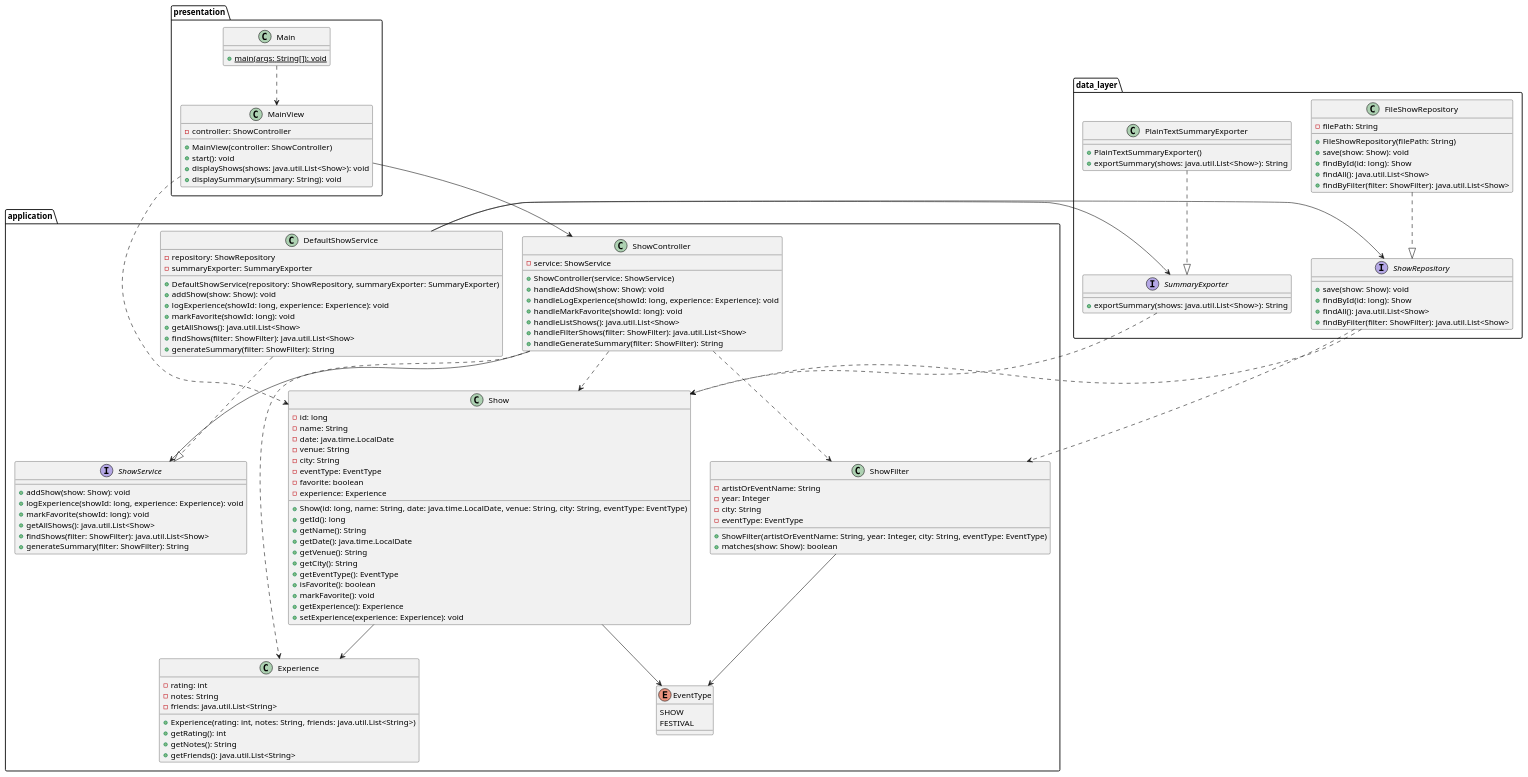
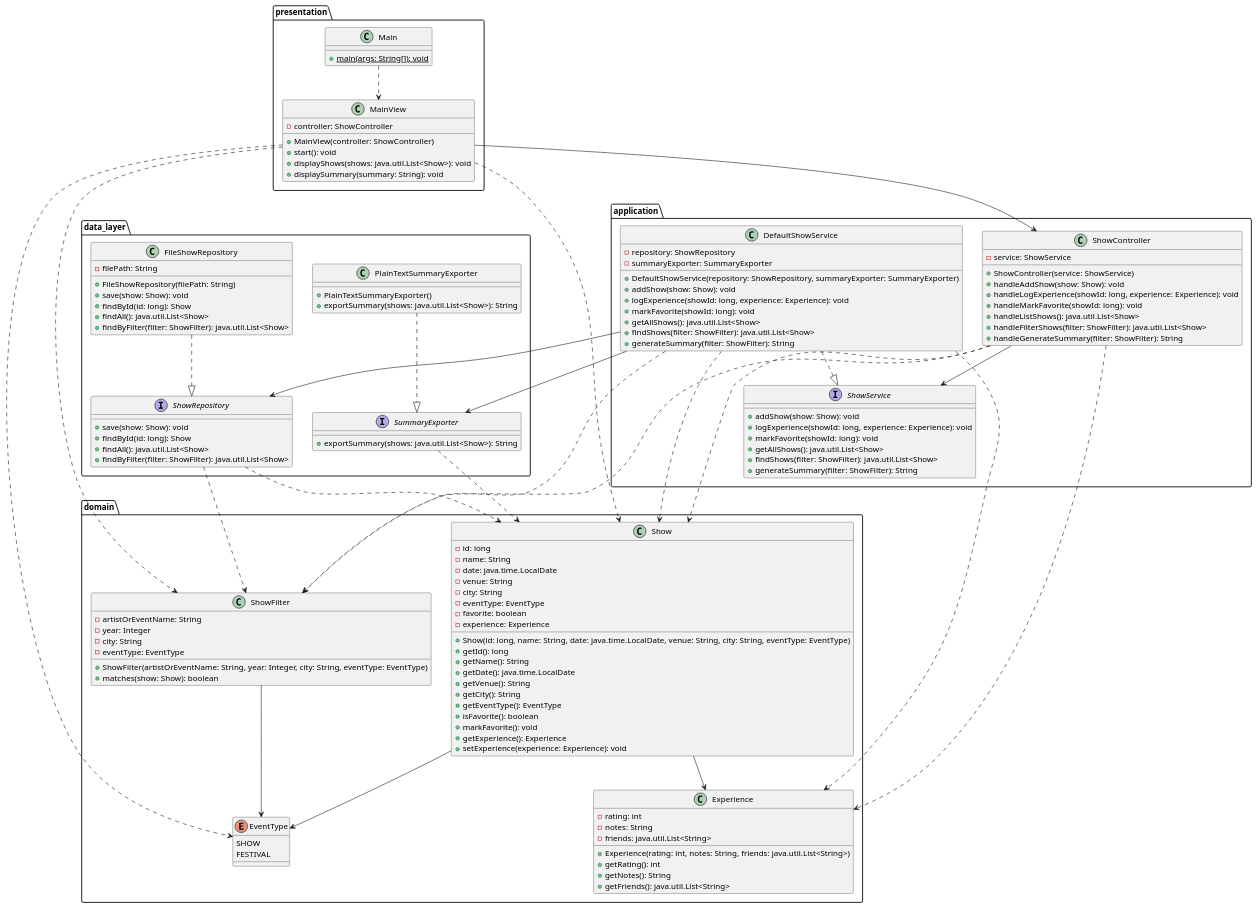
The diagram in docs/design/design.puml (nu-cs-sw-design/project-20252601-devan_final_project), drawn with PlantUML before and after one commit. The commit also changed 1 other file, not shown here.

```diff
--- a/docs/design/design.puml
+++ b/docs/design/design.puml
@@ -1,154 +1,156 @@
 @startuml
+ package presentation {
+     class Main {
+         +{static} main(args: String[]): void
+     }
 
-package presentation {
-    class Main {
-        +{static} main(args: String[]): void
-    }
+     class MainView {
+         -controller: ShowController
+         +MainView(controller: ShowController)
+         +start(): void
+         +displayShows(shows: java.util.List<Show>): void
+         +displaySummary(summary: String): void
+     }
+ }
 
-    class MainView {
-        -controller: ShowController
-        +MainView(controller: ShowController)
-        +start(): void
-        +displayShows(shows: java.util.List<Show>): void
-        +displaySummary(summary: String): void
-    }
-}
+ package domain {
+     class Show {
+         -id: long
+         -name: String
+         -date: java.time.LocalDate
+         -venue: String
+         -city: String
+         -eventType: EventType
+         -favorite: boolean
+         -experience: Experience
+         +Show(id: long, name: String, date: java.time.LocalDate, venue: String, city: String, eventType: EventType)
+         +getId(): long
+         +getName(): String
+         +getDate(): java.time.LocalDate
+         +getVenue(): String
+         +getCity(): String
+         +getEventType(): EventType
+         +isFavorite(): boolean
+         +markFavorite(): void
+         +getExperience(): Experience
+         +setExperience(experience: Experience): void
+     }
+
+     class Experience {
+         -rating: int
+         -notes: String
+         -friends: java.util.List<String>
+         +Experience(rating: int, notes: String, friends: java.util.List<String>)
+         +getRating(): int
+         +getNotes(): String
+         +getFriends(): java.util.List<String>
+     }
+
+     class ShowFilter {
+         -artistOrEventName: String
+         -year: Integer
+         -city: String
+         -eventType: EventType
+         +ShowFilter(artistOrEventName: String, year: Integer, city: String, eventType: EventType)
+         +matches(show: Show): boolean
+     }
+
+     enum EventType {
+         SHOW
+         FESTIVAL
+     }
+ }
+
+ package application {
+     interface ShowService {
+         +addShow(show: Show): void
+         +logExperience(showId: long, experience: Experience): void
+         +markFavorite(showId: long): void
+         +getAllShows(): java.util.List<Show>
+         +findShows(filter: ShowFilter): java.util.List<Show>
+         +generateSummary(filter: ShowFilter): String
+     }
+
+     class ShowController {
+         -service: ShowService
+         +ShowController(service: ShowService)
+         +handleAddShow(show: Show): void
+         +handleLogExperience(showId: long, experience: Experience): void
+         +handleMarkFavorite(showId: long): void
+         +handleListShows(): java.util.List<Show>
+         +handleFilterShows(filter: ShowFilter): java.util.List<Show>
+         +handleGenerateSummary(filter: ShowFilter): String
+     }
+
+     class DefaultShowService {
+         -repository: ShowRepository
+         -summaryExporter: SummaryExporter
+         +DefaultShowService(repository: ShowRepository, summaryExporter: SummaryExporter)
+         +addShow(show: Show): void
+         +logExperience(showId: long, experience: Experience): void
+         +markFavorite(showId: long): void
+         +getAllShows(): java.util.List<Show>
+         +findShows(filter: ShowFilter): java.util.List<Show>
+         +generateSummary(filter: ShowFilter): String
+     }
+ }
+
+ package data_layer {
+     interface ShowRepository {
+         +save(show: Show): void
+         +findById(id: long): Show
+         +findAll(): java.util.List<Show>
+         +findByFilter(filter: ShowFilter): java.util.List<Show>
+     }
+
+     class FileShowRepository {
+         -filePath: String
+         +FileShowRepository(filePath: String)
+         +save(show: Show): void
+         +findById(id: long): Show
+         +findAll(): java.util.List<Show>
+         +findByFilter(filter: ShowFilter): java.util.List<Show>
+     }
+
+     interface SummaryExporter {
+         +exportSummary(shows: java.util.List<Show>): String
+     }
+
+     class PlainTextSummaryExporter {
+         +PlainTextSummaryExporter()
+         +exportSummary(shows: java.util.List<Show>): String
+     }
+ }
 
 
-package application {
-    class Show {
-        -id: long
-        -name: String
-        -date: java.time.LocalDate
-        -venue: String
-        -city: String
-        -eventType: EventType
-        -favorite: boolean
-        -experience: Experience
-        +Show(id: long, name: String, date: java.time.LocalDate, venue: String, city: String, eventType: EventType)
-        +getId(): long
-        +getName(): String
-        +getDate(): java.time.LocalDate
-        +getVenue(): String
-        +getCity(): String
-        +getEventType(): EventType
-        +isFavorite(): boolean
-        +markFavorite(): void
-        +getExperience(): Experience
-        +setExperience(experience: Experience): void
-    }
+ Main ..> MainView
 
-    class Experience {
-        -rating: int
-        -notes: String
-        -friends: java.util.List<String>
-        +Experience(rating: int, notes: String, friends: java.util.List<String>)
-        +getRating(): int
-        +getNotes(): String
-        +getFriends(): java.util.List<String>
-    }
+ MainView --> ShowController
+ MainView ..> Show
+ MainView ..> ShowFilter
+ MainView ..> EventType
 
-    class ShowFilter {
-        -artistOrEventName: String
-        -year: Integer
-        -city: String
-        -eventType: EventType
-        +ShowFilter(artistOrEventName: String, year: Integer, city: String, eventType: EventType)
-        +matches(show: Show): boolean
-    }
+ ShowController --> ShowService
+ ShowController ..> Show
+ ShowController ..> Experience
+ ShowController ..> ShowFilter
 
-    enum EventType {
-        SHOW
-        FESTIVAL
-    }
+ DefaultShowService ..|> ShowService
+ DefaultShowService --> ShowRepository
+ DefaultShowService --> SummaryExporter
+ DefaultShowService ..> Show
+ DefaultShowService ..> Experience
+ DefaultShowService ..> ShowFilter
 
-    interface ShowService {
-        +addShow(show: Show): void
-        +logExperience(showId: long, experience: Experience): void
-        +markFavorite(showId: long): void
-        +getAllShows(): java.util.List<Show>
-        +findShows(filter: ShowFilter): java.util.List<Show>
-        +generateSummary(filter: ShowFilter): String
-    }
+ FileShowRepository ..|> ShowRepository
+ PlainTextSummaryExporter ..|> SummaryExporter
 
-    class ShowController {
-        -service: ShowService
-        +ShowController(service: ShowService)
-        +handleAddShow(show: Show): void
-        +handleLogExperience(showId: long, experience: Experience): void
-        +handleMarkFavorite(showId: long): void
-        +handleListShows(): java.util.List<Show>
-        +handleFilterShows(filter: ShowFilter): java.util.List<Show>
-        +handleGenerateSummary(filter: ShowFilter): String
-    }
+ ShowRepository ..> Show
+ ShowRepository ..> ShowFilter
 
-    class DefaultShowService {
-        -repository: ShowRepository
-        -summaryExporter: SummaryExporter
-        +DefaultShowService(repository: ShowRepository, summaryExporter: SummaryExporter)
-        +addShow(show: Show): void
-        +logExperience(showId: long, experience: Experience): void
-        +markFavorite(showId: long): void
-        +getAllShows(): java.util.List<Show>
-        +findShows(filter: ShowFilter): java.util.List<Show>
-        +generateSummary(filter: ShowFilter): String
-    }
-}
+ SummaryExporter ..> Show
 
-package data_layer {
-    interface ShowRepository {
-        +save(show: Show): void
-        +findById(id: long): Show
-        +findAll(): java.util.List<Show>
-        +findByFilter(filter: ShowFilter): java.util.List<Show>
-    }
-
-    class FileShowRepository {
-        -filePath: String
-        +FileShowRepository(filePath: String)
-        +save(show: Show): void
-        +findById(id: long): Show
-        +findAll(): java.util.List<Show>
-        +findByFilter(filter: ShowFilter): java.util.List<Show>
-    }
-
-    interface SummaryExporter {
-        +exportSummary(shows: java.util.List<Show>): String
-    }
-
-    class PlainTextSummaryExporter {
-        +PlainTextSummaryExporter()
-        +exportSummary(shows: java.util.List<Show>): String
-    }
-
-}
-
-' Relationships
-
-Main ..> MainView
-MainView --> ShowController
-
-ShowController --> ShowService
-ShowController ..> Show
-ShowController ..> Experience
-ShowController ..> ShowFilter
-
-DefaultShowService ..|> ShowService
-DefaultShowService --> ShowRepository
-DefaultShowService --> SummaryExporter
-
-FileShowRepository ..|> ShowRepository
-PlainTextSummaryExporter ..|> SummaryExporter
-
-ShowRepository ..> Show
-ShowRepository ..> ShowFilter
-
-SummaryExporter ..> Show
-
-Show --> Experience
-Show --> EventType
-ShowFilter --> EventType
-
-MainView ..> Show
-
+ Show --> Experience
+ Show --> EventType
+ ShowFilter --> EventType
 @enduml
```
